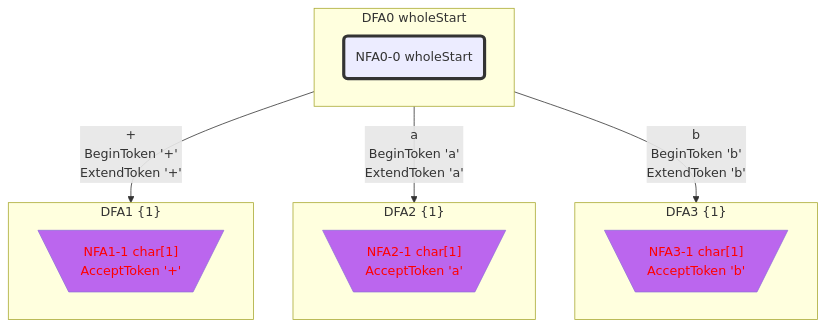
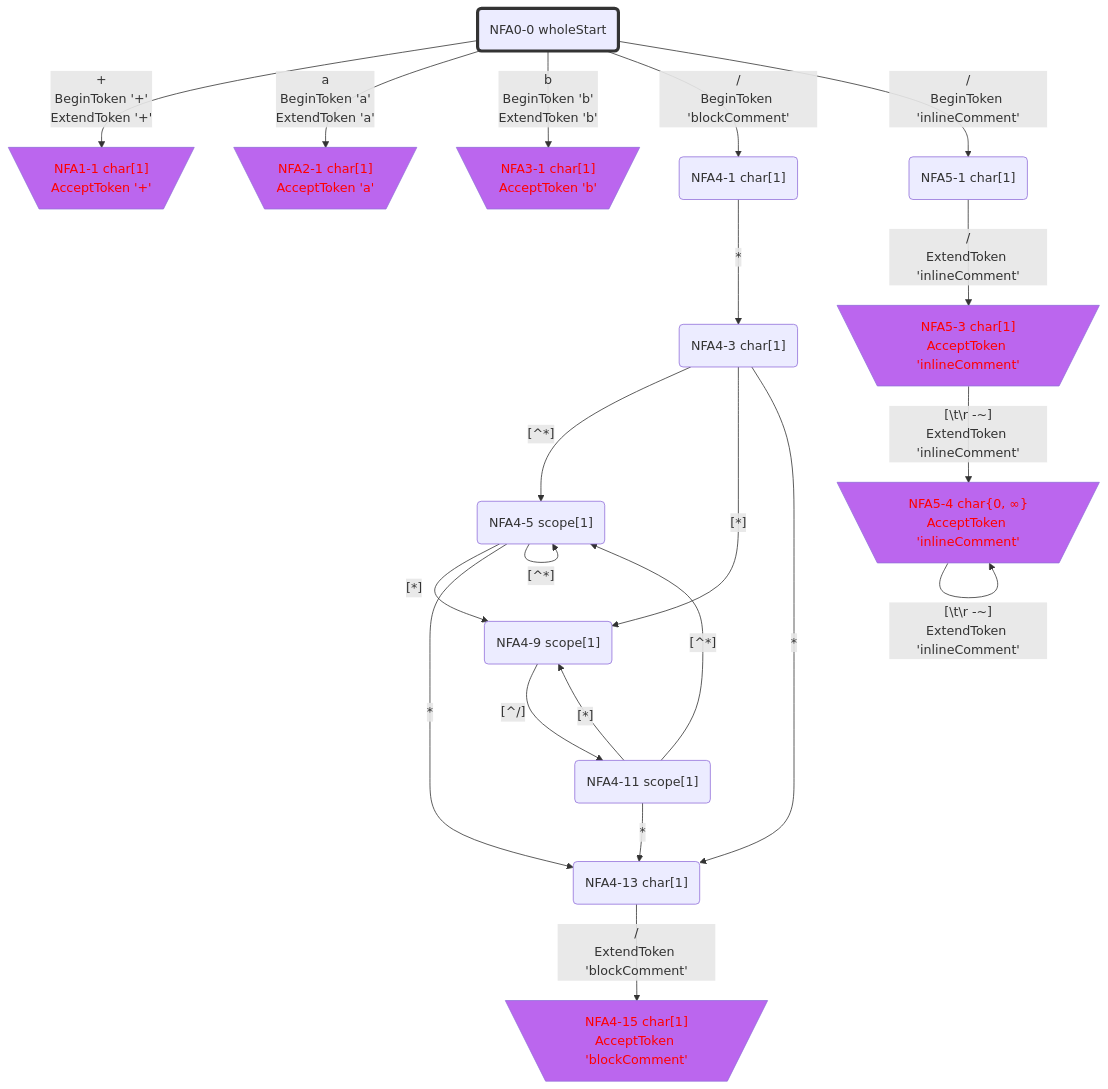
One commit to bitzhuwei/GrammarMentor changed diagram 13 of 17 in Practices/Practice.GeneratedXxxFormat.Test/GeneratedABB/LexicalAnalyzer/README.gen.md. Above: the diagram before and after it, drawn with Mermaid. The commit also changed other lines of this file and 3868 other files, not shown here.

````diff
--- a/Practices/Practice.GeneratedXxxFormat.Test/GeneratedABB/LexicalAnalyzer/README.gen.md
+++ b/Practices/Practice.GeneratedXxxFormat.Test/GeneratedABB/LexicalAnalyzer/README.gen.md
@@ -485,51 +855,78 @@
 ```Mermaid
 flowchart
 classDef c0001 color:#FF0000;
 classDef c0010 stroke-dasharray: 10 10;
 classDef c0011 stroke-dasharray: 10 10,color:#FF0000;
 classDef c0100 fill:#BB66EE;
 classDef c0101 fill:#BB66EE,color:#FF0000;
 classDef c0110 fill:#BB66EE,stroke-dasharray: 10 10;
 classDef c0111 fill:#BB66EE,stroke-dasharray: 10 10,color:#FF0000;
 classDef c1000 stroke:#333,stroke-width:4px;
 classDef c1001 stroke:#333,stroke-width:4px,color:#FF0000;
 classDef c1010 stroke:#333,stroke-width:4px,stroke-dasharray: 10 10;
 classDef c1011 stroke:#333,stroke-width:4px,stroke-dasharray: 10 10,color:#FF0000;
 classDef c1100 stroke:#333,stroke-width:4px,fill:#BB66EE;
 classDef c1101 stroke:#333,stroke-width:4px,fill:#BB66EE,color:#FF0000;
 classDef c1110 stroke:#333,stroke-width:4px,fill:#BB66EE,stroke-dasharray: 10 10;
 classDef c1111 stroke:#333,stroke-width:4px,fill:#BB66EE,stroke-dasharray: 10 10,color:#FF0000;
-subgraph DFA0_1303046169["DFA0 wholeStart"]
-NFA0_0_63388340_0("NFA0-0 wholeStart")
-class NFA0_0_63388340_0 c1000;
-end
-class DFA0_1303046169 c1000;
-subgraph DFA1_642929875["DFA1 {1}"]
-NFA1_1_44325851_1[\"NFA1-1 char[1]
+NFA0_0_46964992("NFA0-0 wholeStart")
+class NFA0_0_46964992 c1000;
+NFA1_1_12674872[\"NFA1-1 char[1]
 AcceptToken '+'"/]
-class NFA1_1_44325851_1 c0101;
-end
-class DFA1_642929875 c0101;
-subgraph DFA2_1083584447["DFA2 {1}"]
-NFA2_1_33624151_2[\"NFA2-1 char[1]
+class NFA1_1_12674872 c0101;
+NFA2_1_20031746[\"NFA2-1 char[1]
 AcceptToken 'a'"/]
-class NFA2_1_33624151_2 c0101;
-end
-class DFA2_1083584447 c0101;
-subgraph DFA3_924445311["DFA3 {1}"]
-NFA3_1_34181910_3[\"NFA3-1 char[1]
+class NFA2_1_20031746 c0101;
+NFA3_1_46067993[\"NFA3-1 char[1]
 AcceptToken 'b'"/]
-class NFA3_1_34181910_3 c0101;
-end
-class DFA3_924445311 c0101;
-DFA0_1303046169 -->|"+
+class NFA3_1_46067993 c0101;
+NFA4_1_11958757("NFA4-1 char[1]")
+NFA5_1_40519951("NFA5-1 char[1]")
+NFA4_3_60890569("NFA4-3 char[1]")
+NFA5_3_29135240[\"NFA5-3 char[1]
+AcceptToken 'inlineComment'"/]
+class NFA5_3_29135240 c0101;
+NFA4_5_33189039("NFA4-5 scope[1]")
+NFA4_9_11144211("NFA4-9 scope[1]")
+NFA4_13_30265903("NFA4-13 char[1]")
+NFA5_4_3957675[\"NFA5-4 char{0, ∞}
+AcceptToken 'inlineComment'"/]
+class NFA5_4_3957675 c0101;
+NFA4_11_52136226("NFA4-11 scope[1]")
+NFA4_15_35619075[\"NFA4-15 char[1]
+AcceptToken 'blockComment'"/]
+class NFA4_15_35619075 c0101;
+NFA0_0_46964992 -->|"+
 BeginToken '+'
-ExtendToken '+'"|DFA1_642929875
-DFA0_1303046169 -->|"a
+ExtendToken '+'"|NFA1_1_12674872
+NFA0_0_46964992 -->|"a
 BeginToken 'a'
-ExtendToken 'a'"|DFA2_1083584447
-DFA0_1303046169 -->|"b
+ExtendToken 'a'"|NFA2_1_20031746
+NFA0_0_46964992 -->|"b
 BeginToken 'b'
-ExtendToken 'b'"|DFA3_924445311
+ExtendToken 'b'"|NFA3_1_46067993
+NFA0_0_46964992 -->|"/
+BeginToken 'blockComment'"|NFA4_1_11958757
+NFA0_0_46964992 -->|"/
+BeginToken 'inlineComment'"|NFA5_1_40519951
+NFA4_1_11958757 -->|"*"|NFA4_3_60890569
+NFA5_1_40519951 -->|"/
+ExtendToken 'inlineComment'"|NFA5_3_29135240
+NFA4_3_60890569 -->|"[^*]"|NFA4_5_33189039
+NFA4_3_60890569 -->|"[*]"|NFA4_9_11144211
+NFA4_3_60890569 -->|"*"|NFA4_13_30265903
+NFA5_3_29135240 -->|"[#92;t#92;r#32;-~]
+ExtendToken 'inlineComment'"|NFA5_4_3957675
+NFA4_5_33189039 -->|"[^*]"|NFA4_5_33189039
+NFA4_5_33189039 -->|"[*]"|NFA4_9_11144211
+NFA4_5_33189039 -->|"*"|NFA4_13_30265903
+NFA4_9_11144211 -->|"[^/]"|NFA4_11_52136226
+NFA4_13_30265903 -->|"/
+ExtendToken 'blockComment'"|NFA4_15_35619075
+NFA5_4_3957675 -->|"[#92;t#92;r#32;-~]
+ExtendToken 'inlineComment'"|NFA5_4_3957675
+NFA4_11_52136226 -->|"[^*]"|NFA4_5_33189039
+NFA4_11_52136226 -->|"[*]"|NFA4_9_11144211
+NFA4_11_52136226 -->|"*"|NFA4_13_30265903
 
 ```
````
